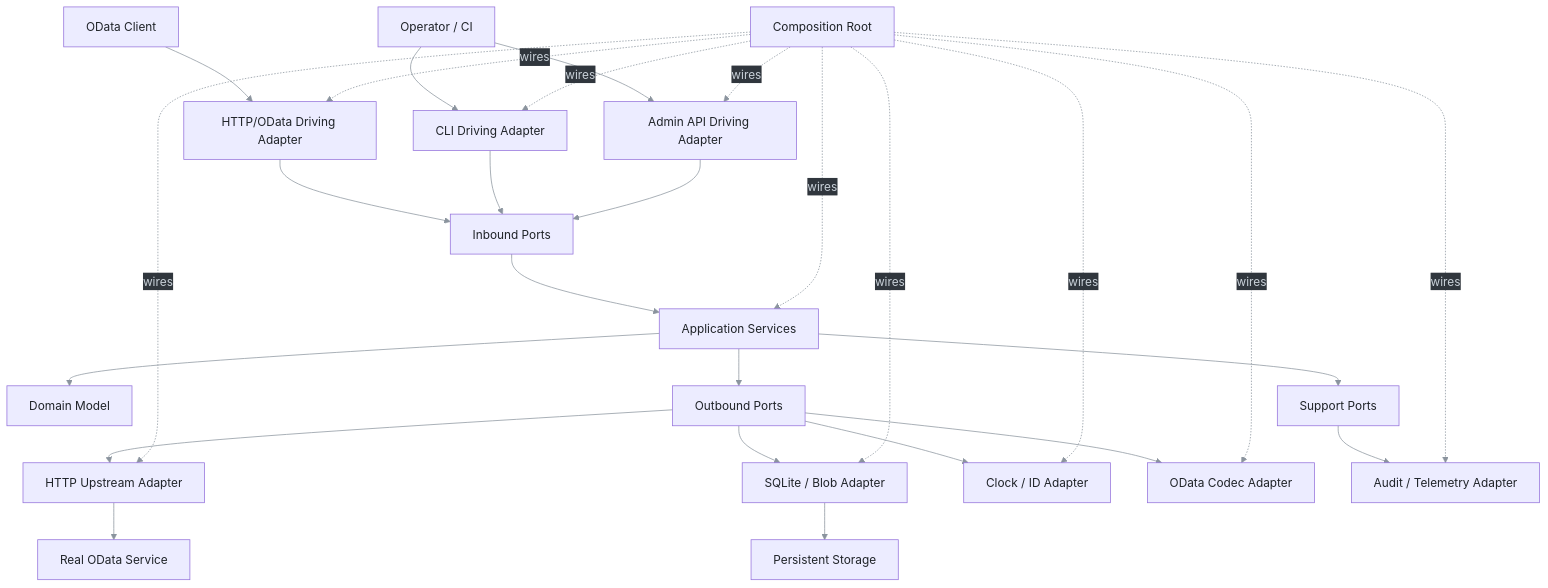
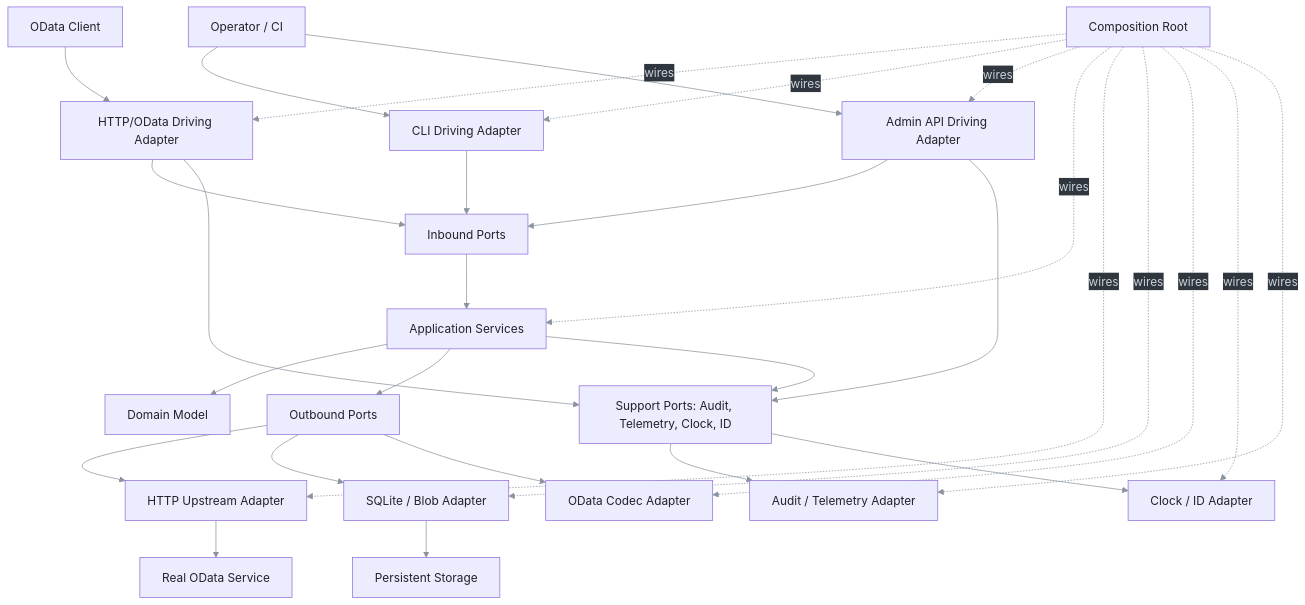
One commit to pt9912/odata-recorder changed the first of 11 diagrams in spec/architecture.md. Above: the diagram before and after it, drawn with Mermaid.

Commit message:
Architektur: Komponentendiagramm fuehrt Clock/ID als Querschnitts-Port (LH-FA-04)

````diff
--- a/spec/architecture.md
+++ b/spec/architecture.md
@@ -28,32 +28,34 @@
 ```mermaid
 %%{init: {'themeVariables': {'lineColor': '#8b949e', 'signalColor': '#8b949e', 'signalTextColor': '#8b949e', 'actorLineColor': '#8b949e', 'loopTextColor': '#8b949e', 'textColor': '#c9d1d9', 'primaryTextColor': '#1f2328', 'nodeTextColor': '#1f2328', 'actorTextColor': '#1f2328', 'noteTextColor': '#1f2328', 'edgeLabelBackground': '#30363d'}}}%%
 flowchart TB
   Client[OData Client] --> HTTP[HTTP/OData Driving Adapter]
   Operator[Operator / CI] --> CLI[CLI Driving Adapter]
   Operator --> Admin[Admin API Driving Adapter]
   HTTP --> In[Inbound Ports]
   CLI --> In
   Admin --> In
   In --> Svc[Application Services]
   Svc --> Domain[Domain Model]
   Svc --> Out[Outbound Ports]
   Out --> Upstream[HTTP Upstream Adapter]
   Out --> Store[SQLite / Blob Adapter]
-  Out --> Clock[Clock / ID Adapter]
   Out --> Codec[OData Codec Adapter]
-  Svc --> Sup[Support Ports]
+  Svc --> Sup[Support Ports: Audit, Telemetry, Clock, ID]
+  HTTP --> Sup
+  Admin --> Sup
   Sup --> Obs[Audit / Telemetry Adapter]
+  Sup --> Clock[Clock / ID Adapter]
   Upstream --> Remote[Real OData Service]
   Store --> Disk[Persistent Storage]
   Boot[Composition Root] -. wires .-> HTTP
   Boot -. wires .-> CLI
   Boot -. wires .-> Admin
   Boot -. wires .-> Svc
   Boot -. wires .-> Upstream
   Boot -. wires .-> Store
   Boot -. wires .-> Codec
   Boot -. wires .-> Clock
   Boot -. wires .-> Obs
   classDef box color:#1f2328
   class Client,HTTP,Operator,CLI,Admin,In,Svc,Domain,Out,Upstream,Store,Clock,Codec,Sup,Obs,Remote,Disk,Boot box
 ```
````
